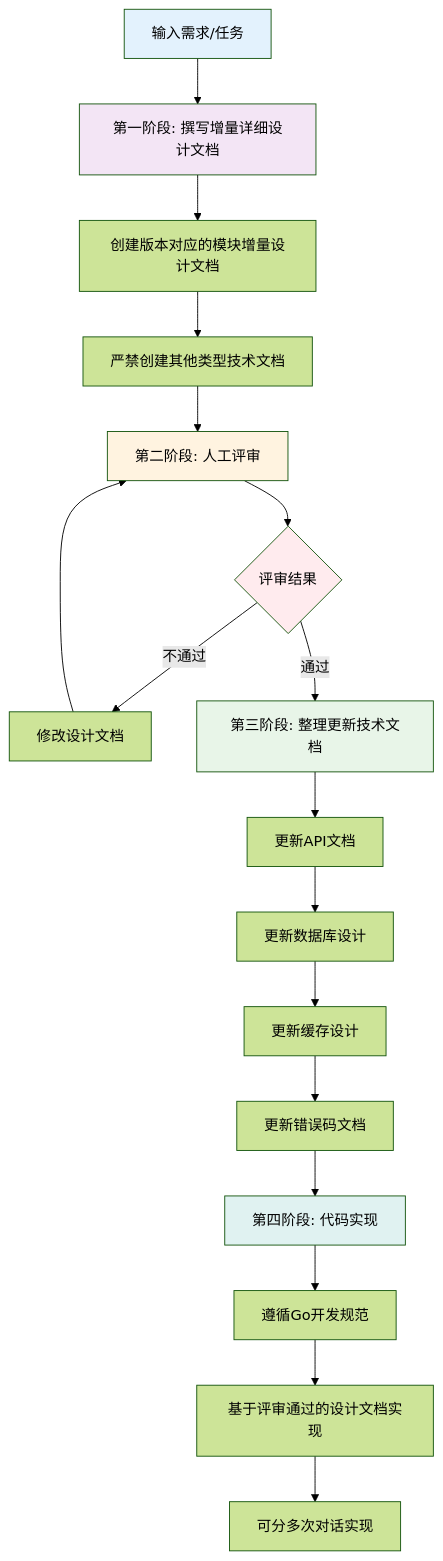
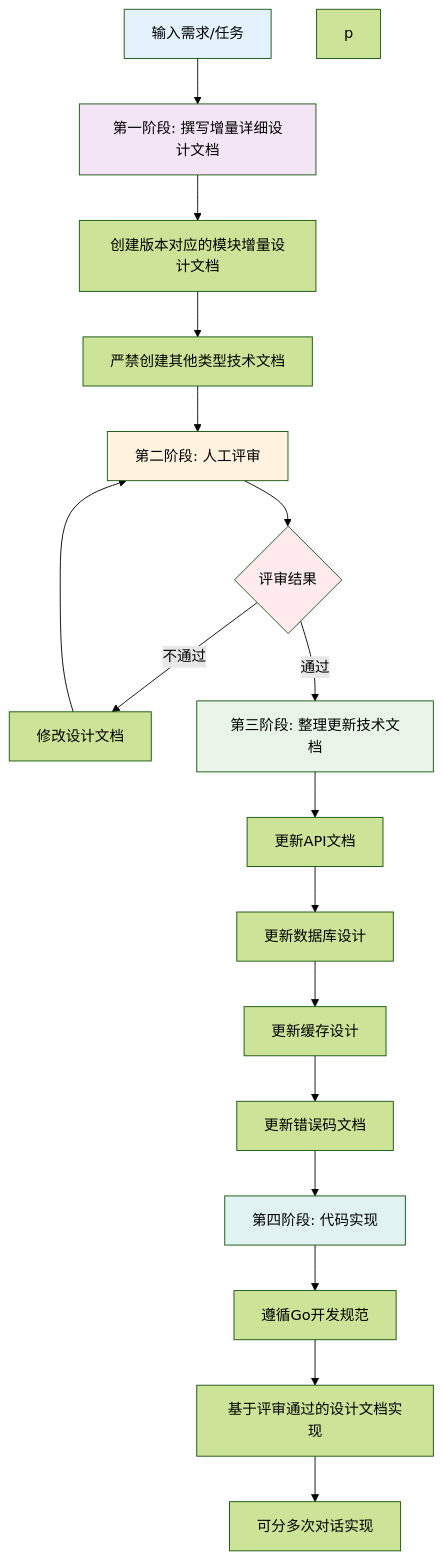
One commit to yingjianzh/iodraw-files changed the diagram in all/未命名-1.md. Above: the diagram before and after it, drawn with Mermaid (forest theme).

Commit message:
2025-10-22 17:36:34 update

````diff
--- a/all/未命名-1.md
+++ b/all/未命名-1.md
@@ -1,28 +1,29 @@
 ```mermaid
 
 flowchart TD
     A[输入需求/任务] --> B[第一阶段: 撰写增量详细设计文档]
     B --> C[创建版本对应的模块增量设计文档]
     C --> D[严禁创建其他类型技术文档]
     D --> E[第二阶段: 人工评审]
     E --> F{评审结果}
     F -->|不通过| G[修改设计文档]
     G --> E
     F -->|通过| H[第三阶段: 整理更新技术文档]
     H --> I[更新API文档]
     I --> J[更新数据库设计]
     J --> K[更新缓存设计]
     K --> L[更新错误码文档]
     L --> M[第四阶段: 代码实现]
     M --> N[遵循Go开发规范]
     N --> O[基于评审通过的设计文档实现]
     O --> P[可分多次对话实现]
+    p
     
     style A fill:#e3f2fd
     style B fill:#f3e5f5
     style E fill:#fff3e0
     style F fill:#ffebee
     style H fill:#e8f5e8
     style M fill:#e0f2f1
 
 ```
````
